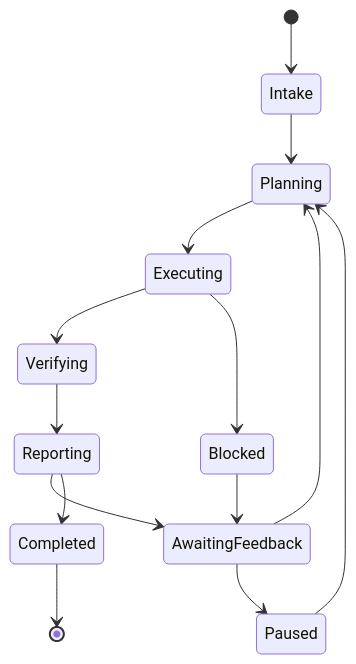
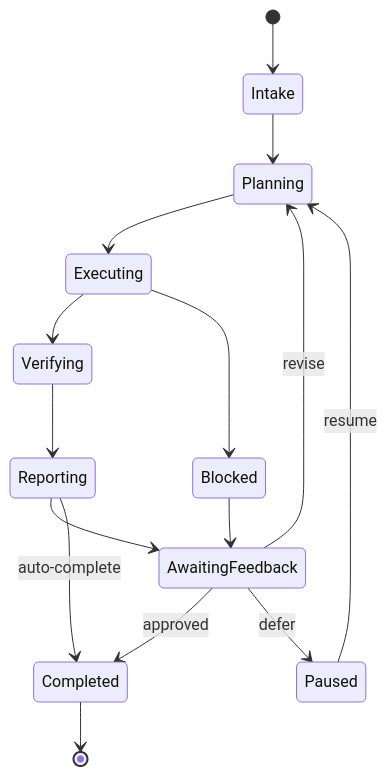
The diagram in docs/design/task-lifecycle.md (dustland/openviber), drawn with Mermaid before and after one commit. The commit also changed other lines of this file and 7 other files, not shown here.

````diff
--- a/docs/design/task-lifecycle.md
+++ b/docs/design/task-lifecycle.md
@@ -17,16 +19,17 @@
 ```mermaid
 stateDiagram-v2
     [*] --> Intake
     Intake --> Planning
     Planning --> Executing
     Executing --> Verifying
     Verifying --> Reporting
     Reporting --> AwaitingFeedback
-    AwaitingFeedback --> Planning
-    AwaitingFeedback --> Paused
-    Paused --> Planning
+    AwaitingFeedback --> Planning : revise
+    AwaitingFeedback --> Completed : approved
+    AwaitingFeedback --> Paused : defer
     Executing --> Blocked
     Blocked --> AwaitingFeedback
-    Reporting --> Completed
+    Paused --> Planning : resume
+    Reporting --> Completed : auto-complete
     Completed --> [*]
 ```
````
